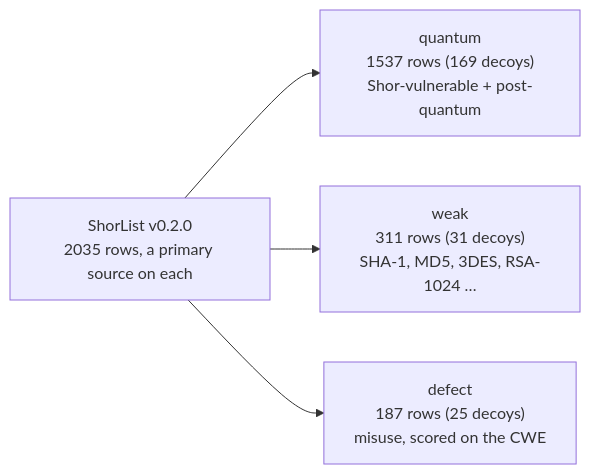
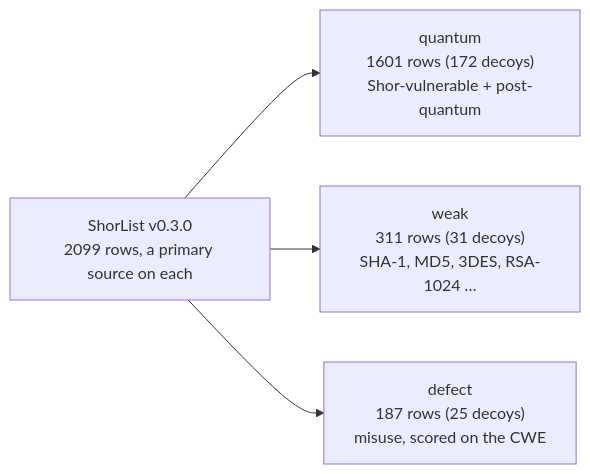
One commit to shorlist/shorlist changed the diagram in README.md. Above: the diagram before and after it, drawn with Mermaid. The commit also changed other lines of this file and 31 other files, not shown here.

First line of the commit message:
ShorList 0.3.0: version, results on 2099 rows, README

````diff
--- a/README.md
+++ b/README.md
@@ -30,6 +30,6 @@
 ```mermaid
 flowchart LR
-    C["ShorList v0.2.0<br/>2035 rows, a primary source on each"] --> Q["quantum<br/>1537 rows (169 decoys)<br/>Shor-vulnerable + post-quantum"]
+    C["ShorList v0.3.0<br/>2099 rows, a primary source on each"] --> Q["quantum<br/>1601 rows (172 decoys)<br/>Shor-vulnerable + post-quantum"]
     C --> W["weak<br/>311 rows (31 decoys)<br/>SHA-1, MD5, 3DES, RSA-1024 …"]
     C --> D["defect<br/>187 rows (25 decoys)<br/>misuse, scored on the CWE"]
 ```
````
